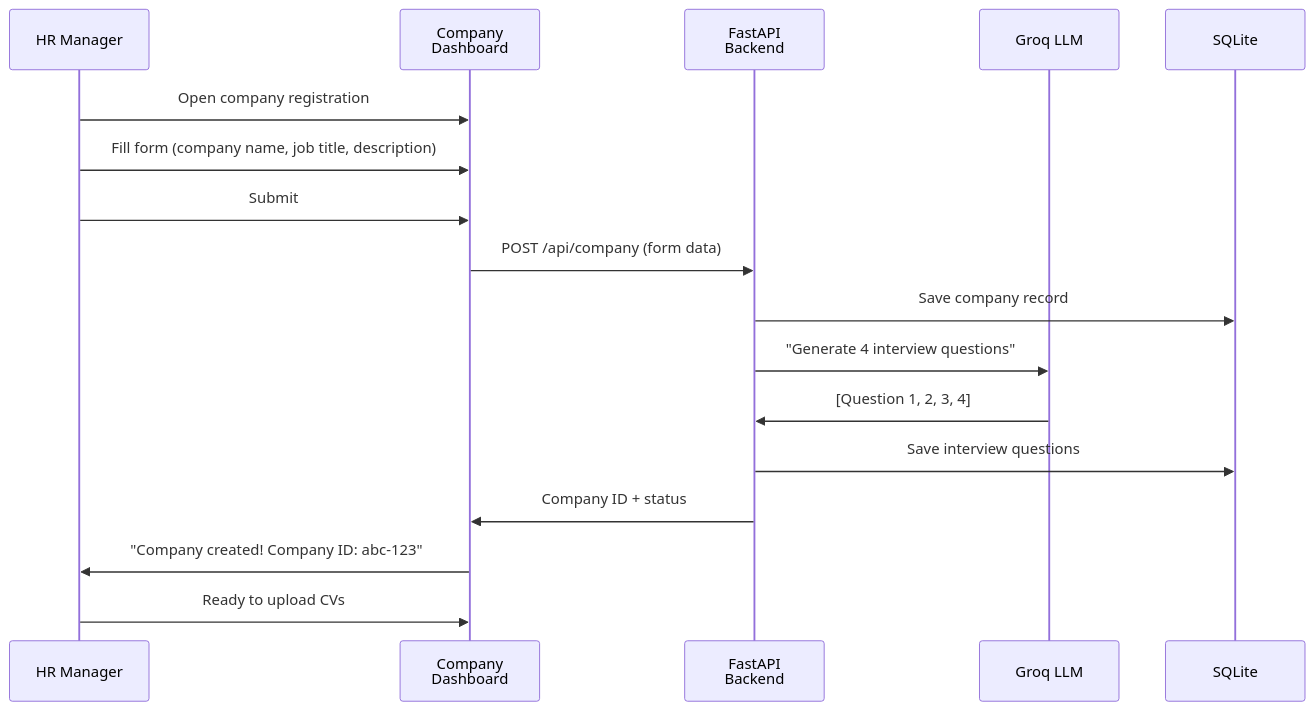
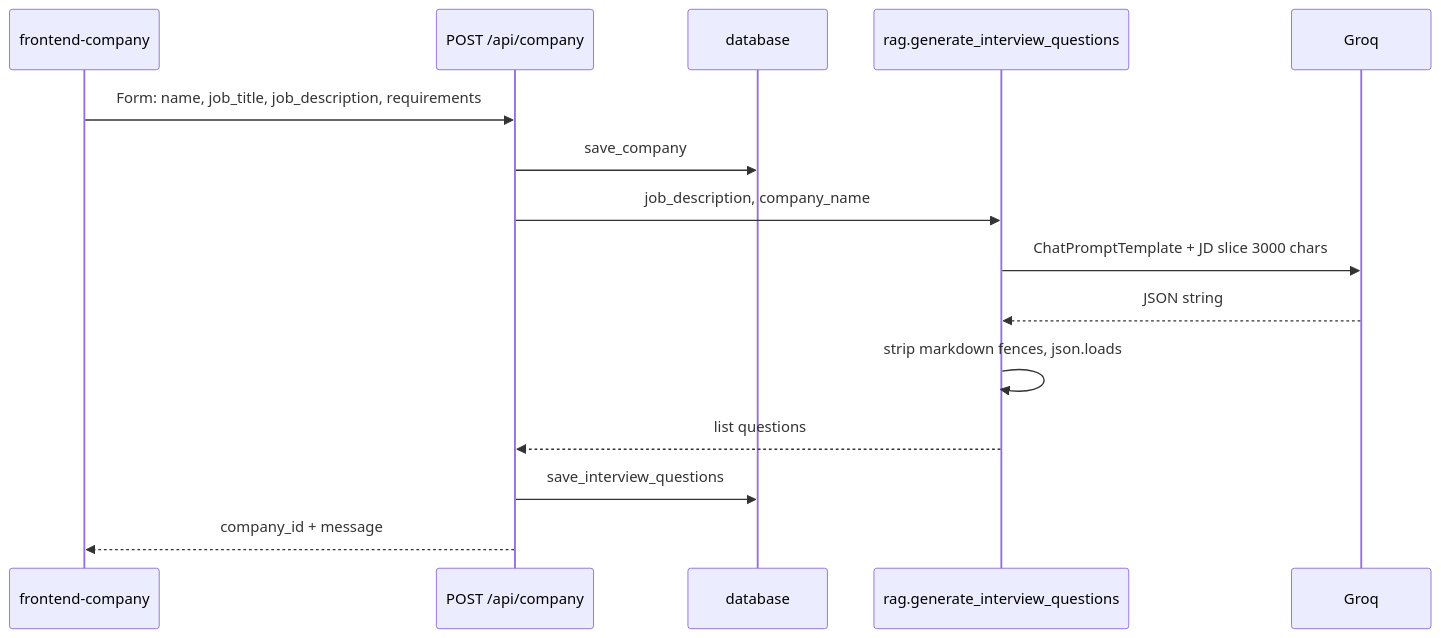
Before and after one commit to theruknology/quickhire: the sixth of 11 diagrams in README.md, drawn with Mermaid. The commit also changed other lines of this file and 1 other file, not shown here.

````diff
--- a/README.md
+++ b/README.md
@@ -1232,24 +246,18 @@
 ```mermaid
 sequenceDiagram
-    participant HR as HR Manager
-    participant Dashboard as Company<br/>Dashboard
-    participant Backend as FastAPI<br/>Backend
-    participant LLM as Groq LLM
-    participant DB as SQLite
+  participant FE as frontend-company
+  participant RT as POST /api/company
+  participant DB as database
+  participant GQ as rag.generate_interview_questions
+  participant LLM as Groq
 
-    HR->>Dashboard: Open company registration
-    HR->>Dashboard: Fill form (company name, job title, description)
-    HR->>Dashboard: Submit
-    
-    Dashboard->>Backend: POST /api/company (form data)
-    
-    Backend->>DB: Save company record
-    Backend->>LLM: "Generate 4 interview questions"
-    LLM->>Backend: [Question 1, 2, 3, 4]
-    
-    Backend->>DB: Save interview questions
-    Backend->>Dashboard: Company ID + status
-    
-    Dashboard->>HR: "Company created! Company ID: abc-123"
-    HR->>Dashboard: Ready to upload CVs
+  FE->>RT: Form: name, job_title, job_description, requirements
+  RT->>DB: save_company
+  RT->>GQ: job_description, company_name
+  GQ->>LLM: ChatPromptTemplate + JD slice 3000 chars
+  LLM-->>GQ: JSON string
+  GQ->>GQ: strip markdown fences, json.loads
+  GQ-->>RT: list questions
+  RT->>DB: save_interview_questions
+  RT-->>FE: company_id + message
 ```
````
